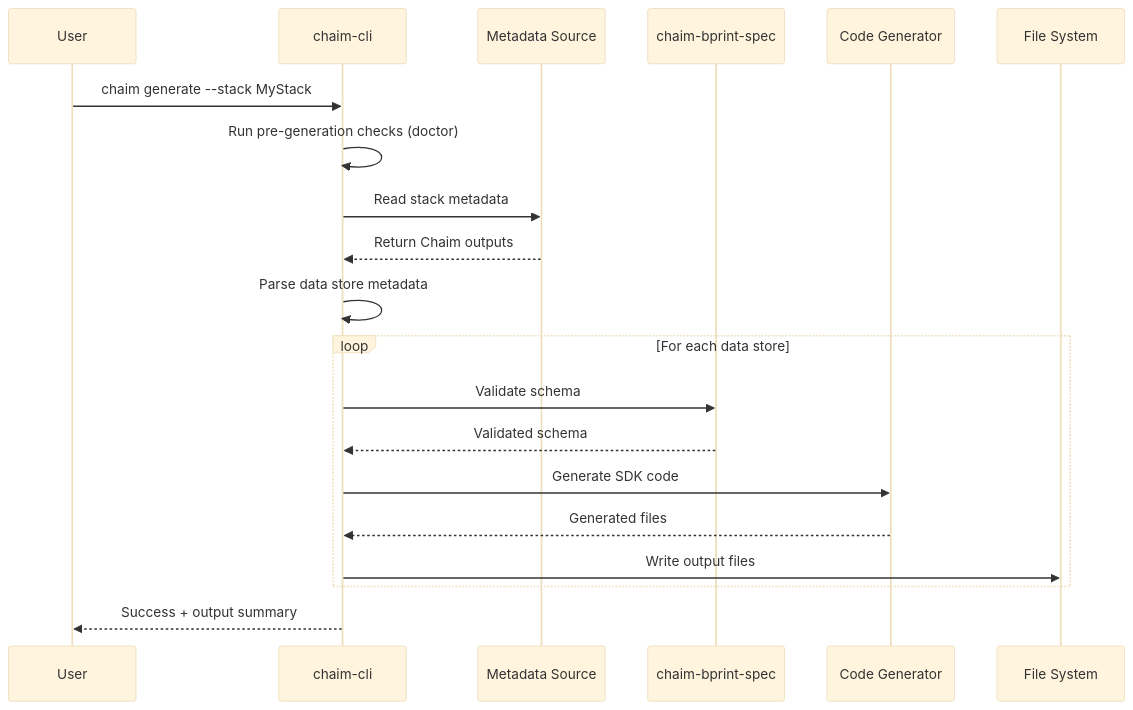
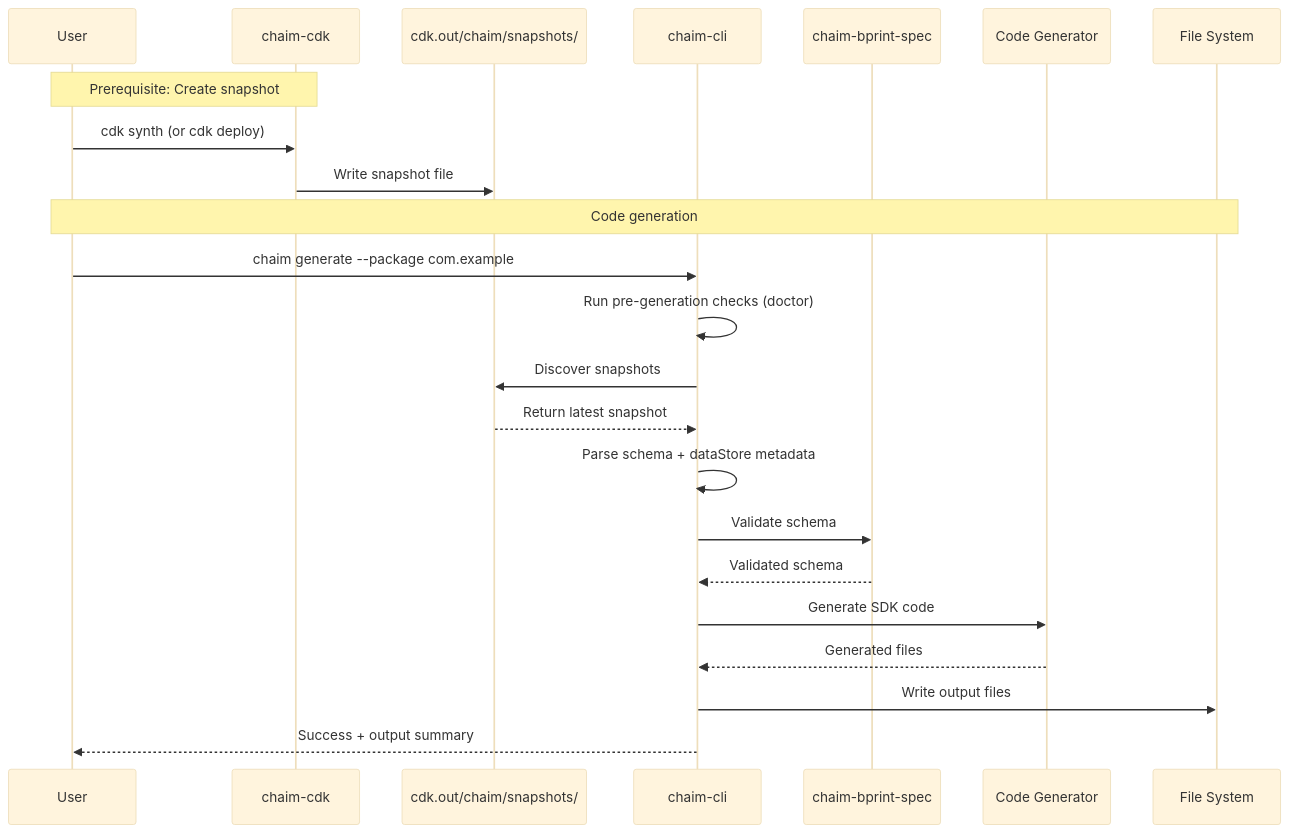
Before and after one commit to chaim-tools/chaim-cli: the second of 4 diagrams in CHAIM_CONTEXT.md, drawn with Mermaid (base theme). The commit also changed other lines of this file and 7 other files, not shown here.

Commit message:
refactored generate for snapshot intake

````diff
--- a/CHAIM_CONTEXT.md
+++ b/CHAIM_CONTEXT.md
@@ -292,23 +384,27 @@
 ```mermaid
 sequenceDiagram
     participant User
+    participant CDK as chaim-cdk
+    participant SnapDir as cdk.out/chaim/snapshots/
     participant CLI as chaim-cli
-    participant Meta as Metadata Source
     participant Spec as chaim-bprint-spec
     participant Gen as Code Generator
     participant FS as File System
     
-    User->>CLI: chaim generate --stack MyStack
+    Note over User,CDK: Prerequisite: Create snapshot
+    User->>CDK: cdk synth (or cdk deploy)
+    CDK->>SnapDir: Write snapshot file
+    
+    Note over User,FS: Code generation
+    User->>CLI: chaim generate --package com.example
     CLI->>CLI: Run pre-generation checks (doctor)
-    CLI->>Meta: Read stack metadata
-    Meta-->>CLI: Return Chaim outputs
-    CLI->>CLI: Parse data store metadata
-    loop For each data store
-        CLI->>Spec: Validate schema
-        Spec-->>CLI: Validated schema
-        CLI->>Gen: Generate SDK code
-        Gen-->>CLI: Generated files
-        CLI->>FS: Write output files
-    end
+    CLI->>SnapDir: Discover snapshots
+    SnapDir-->>CLI: Return latest snapshot
+    CLI->>CLI: Parse schema + dataStore metadata
+    CLI->>Spec: Validate schema
+    Spec-->>CLI: Validated schema
+    CLI->>Gen: Generate SDK code
+    Gen-->>CLI: Generated files
+    CLI->>FS: Write output files
     CLI-->>User: Success + output summary
 ```
````
